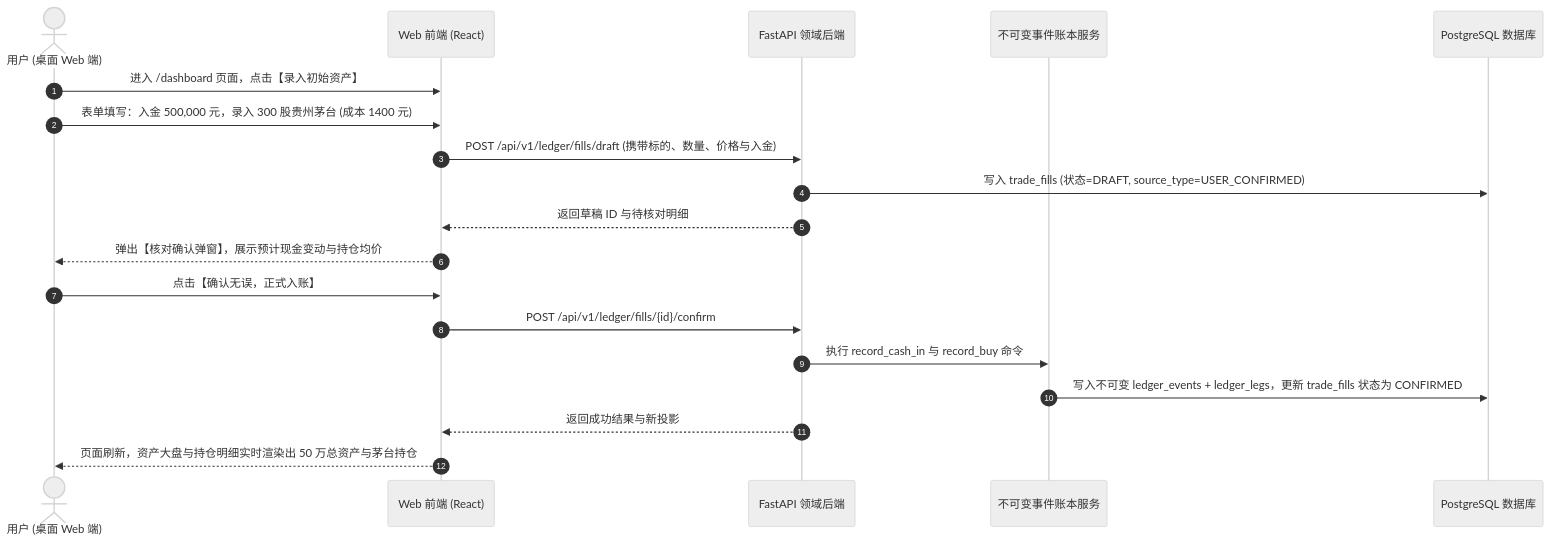
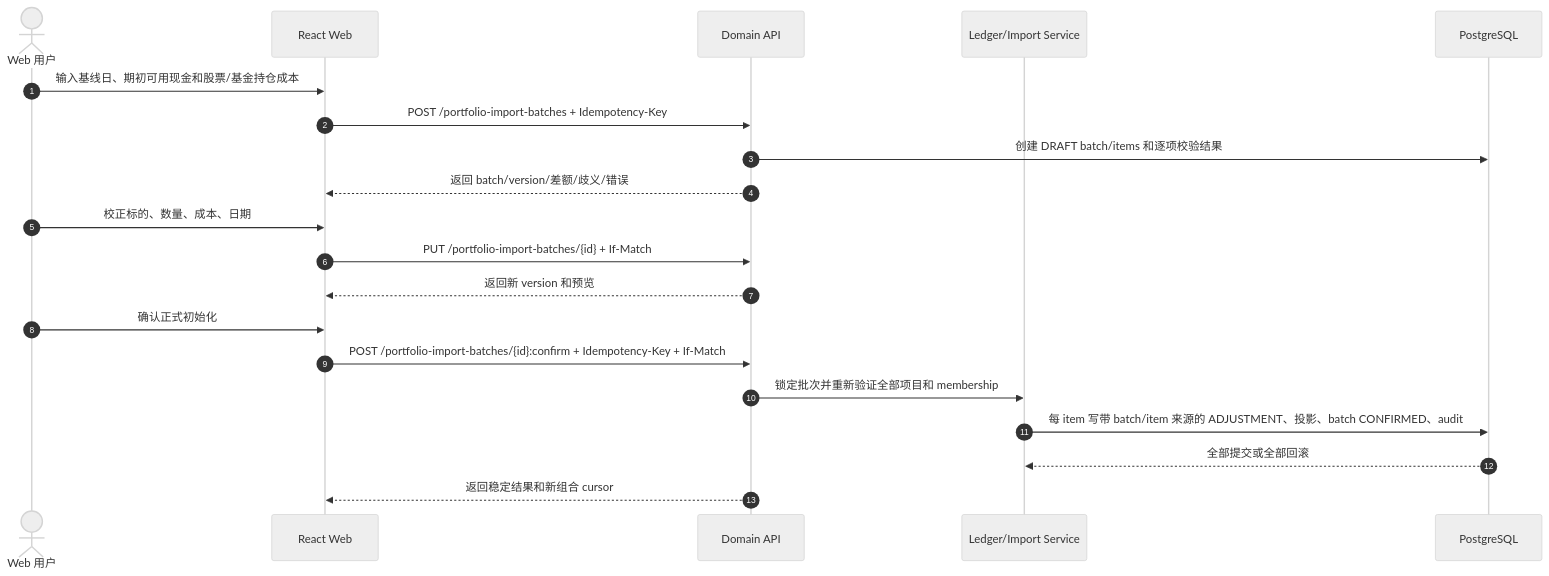
One commit to sinojelly/wealthsail changed the third of 4 diagrams in docs/09.WealthSail-MVP-Web投研工作台设计与实现规范.md. Above: the diagram before and after it, drawn with Mermaid (neutral theme). The commit also changed other lines of this file and 10 other files, not shown here.

````diff
--- a/docs/09.WealthSail-MVP-Web投研工作台设计与实现规范.md
+++ b/docs/09.WealthSail-MVP-Web投研工作台设计与实现规范.md
@@ -169,23 +291,23 @@
 ```mermaid
 sequenceDiagram
     autonumber
-    actor User as 用户 (桌面 Web 端)
-    participant Web as Web 前端 (React)
-    participant API as FastAPI 领域后端
-    participant Core as 不可变事件账本服务
-    participant DB as PostgreSQL 数据库
+    actor User as Web 用户
+    participant Web as React Web
+    participant API as Domain API
+    participant Core as Ledger/Import Service
+    participant DB as PostgreSQL
 
-    User->>Web: 进入 /dashboard 页面，点击【录入初始资产】
-    User->>Web: 表单填写：入金 500,000 元，录入 300 股贵州茅台 (成本 1400 元)
-    Web->>API: POST /api/v1/ledger/fills/draft (携带标的、数量、价格与入金)
-    API->>DB: 写入 trade_fills (状态=DRAFT, source_type=USER_CONFIRMED)
-    API-->>Web: 返回草稿 ID 与待核对明细
-    
-    Web-->>User: 弹出【核对确认弹窗】，展示预计现金变动与持仓均价
-    User->>Web: 点击【确认无误，正式入账】
-    Web->>API: POST /api/v1/ledger/fills/{id}/confirm
-    API->>Core: 执行 record_cash_in 与 record_buy 命令
-    Core->>DB: 写入不可变 ledger_events + ledger_legs，更新 trade_fills 状态为 CONFIRMED
-    API-->>Web: 返回成功结果与新投影
-    Web-->>User: 页面刷新，资产大盘与持仓明细实时渲染出 50 万总资产与茅台持仓
+    User->>Web: 输入基线日、期初可用现金和股票/基金持仓成本
+    Web->>API: POST /portfolio-import-batches + Idempotency-Key
+    API->>DB: 创建 DRAFT batch/items 和逐项校验结果
+    API-->>Web: 返回 batch/version/差额/歧义/错误
+    User->>Web: 校正标的、数量、成本、日期
+    Web->>API: PUT /portfolio-import-batches/{id} + If-Match
+    API-->>Web: 返回新 version 和预览
+    User->>Web: 确认正式初始化
+    Web->>API: POST /portfolio-import-batches/{id}:confirm + Idempotency-Key + If-Match
+    API->>Core: 锁定批次并重新验证全部项目和 membership
+    Core->>DB: 每 item 写带 batch/item 来源的 ADJUSTMENT、投影、batch CONFIRMED、audit
+    DB-->>Core: 全部提交或全部回滚
+    API-->>Web: 返回稳定结果和新组合 cursor
 ```
````
